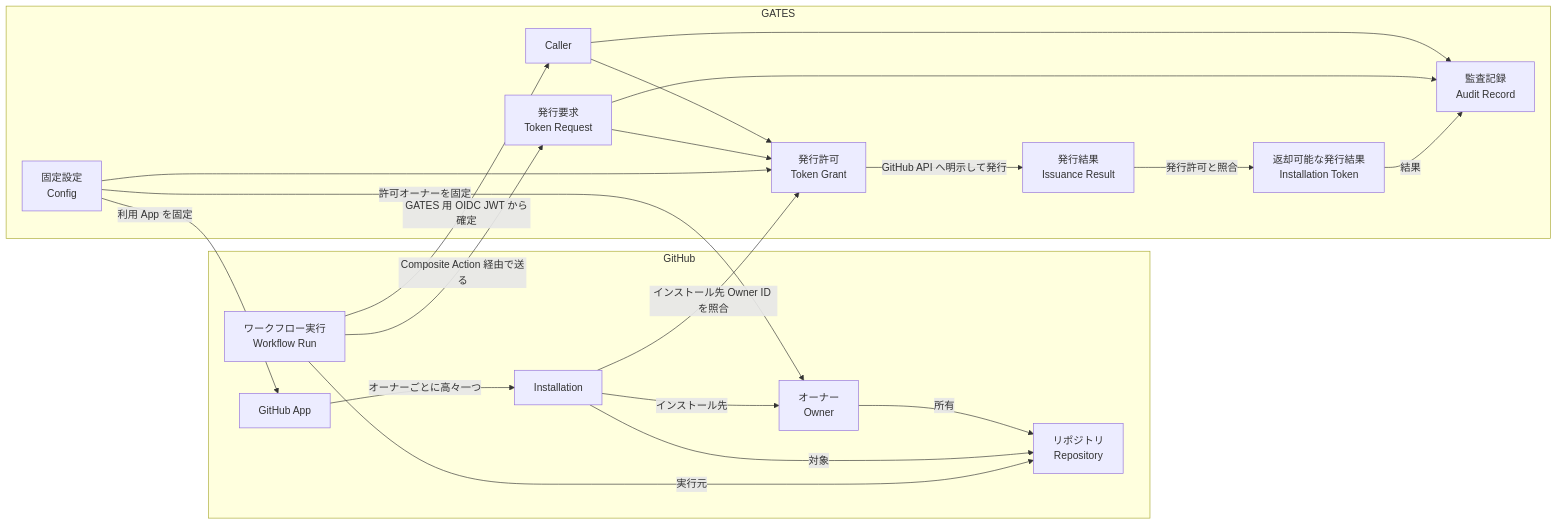
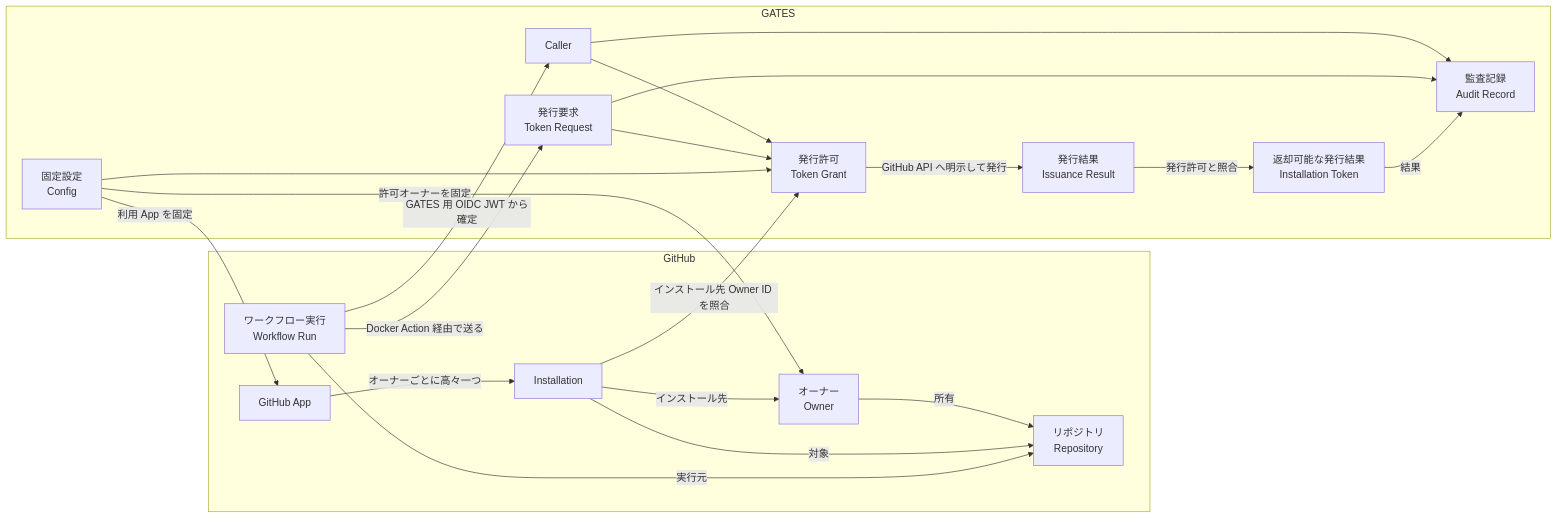
Before and after one commit to tmknom/gates: the first of 3 diagrams in docs/design/domain.md, drawn with Mermaid. The commit also changed other lines of this file and 10 other files, not shown here.

First line of the commit message:
docs(design): replace composite action with go docker action

````diff
--- a/docs/design/domain.md
+++ b/docs/design/domain.md
@@ -215,37 +215,37 @@
 ```mermaid
 flowchart LR
   subgraph GitHub
     O[オーナー<br/>Owner]
     R[リポジトリ<br/>Repository]
     APP[GitHub App]
     INS[Installation]
     WF[ワークフロー実行<br/>Workflow Run]
   end
   subgraph GATES
     CFG[固定設定<br/>Config]
     C[Caller]
     REQ[発行要求<br/>Token Request]
     G[発行許可<br/>Token Grant]
     RES[発行結果<br/>Issuance Result]
     IT[返却可能な発行結果<br/>Installation Token]
     AUD[監査記録<br/>Audit Record]
   end
   O -->|所有| R
   APP -->|オーナーごとに高々一つ| INS
   INS -->|インストール先| O
   INS -->|対象| R
   WF -->|実行元| R
   CFG -->|許可オーナーを固定| O
   CFG -->|利用 App を固定| APP
   WF -->|GATES 用 OIDC JWT から確定| C
-  WF -->|Composite Action 経由で送る| REQ
+  WF -->|Docker Action 経由で送る| REQ
   C --> G
   REQ --> G
   CFG --> G
   INS -->|インストール先 Owner ID を照合| G
   G -->|GitHub API へ明示して発行| RES
   RES -->|発行許可と照合| IT
   C --> AUD
   REQ --> AUD
   IT -->|結果| AUD
 ```
````
